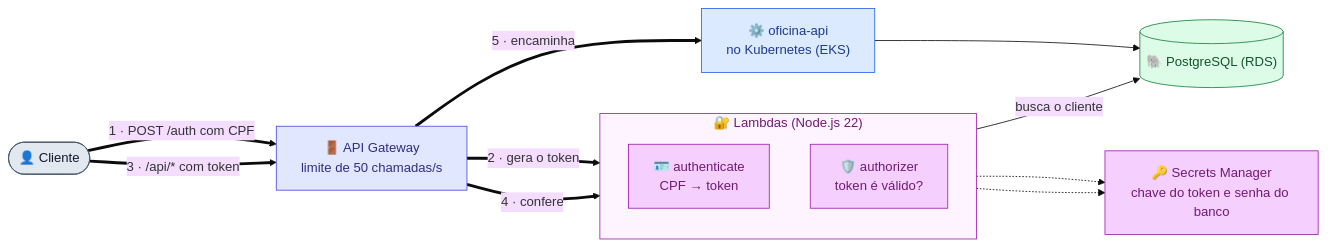
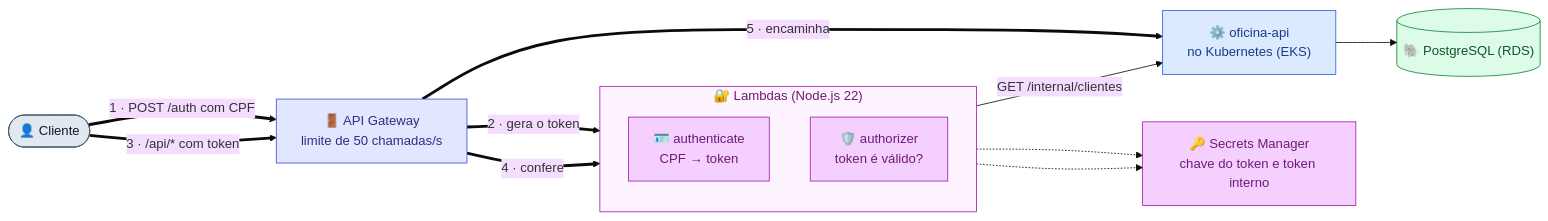
The diagram in README.md (Lorenalgm/oficina-auth-lambda), drawn with Mermaid (base theme) before and after one commit. The commit also changed other lines of this file, not shown here.

Commit message:
docs: README com a consulta do cliente pela rota interna

````diff
--- a/README.md
+++ b/README.md
@@ -34,37 +34,37 @@
 ```mermaid
 flowchart LR
     user(["👤 Cliente"])
     gw["🚪 API Gateway<br/>limite de 50 chamadas/s"]
 
     subgraph lambdas["🔐 Lambdas (Node.js 22)"]
         direction TB
         auth["🪪 authenticate<br/>CPF → token"]
         authz["🛡️ authorizer<br/>token é válido?"]
     end
 
-    sm["🔑 Secrets Manager<br/>chave do token e senha do banco"]
+    sm["🔑 Secrets Manager<br/>chave do token e token interno"]
     db[("🐘 PostgreSQL (RDS)")]
     api["⚙️ oficina-api<br/>no Kubernetes (EKS)"]
 
     user ==>|"1 · POST /auth com CPF"| gw
     gw ==>|"2 · gera o token"| auth
-    auth -->|busca o cliente| db
+    auth -->|GET /internal/clientes| api
     user ==>|"3 · /api/* com token"| gw
     gw ==>|"4 · confere"| authz
     gw ==>|"5 · encaminha"| api
     api --> db
     auth -.-> sm
     authz -.-> sm
 
     style lambdas fill:#fdf4ff,stroke:#a21caf,color:#701a75
     classDef entry fill:#e2e8f0,stroke:#475569,color:#0f172a;
     classDef edge fill:#e0e7ff,stroke:#4f46e5,color:#312e81;
     classDef sec fill:#f5d0fe,stroke:#a21caf,color:#701a75;
     classDef app fill:#dbeafe,stroke:#2563eb,color:#1e3a8a;
     classDef data fill:#dcfce7,stroke:#15803d,color:#14532d;
     class user entry;
     class gw edge;
     class auth,authz,sm sec;
     class api app;
     class db data;
 ```
````
